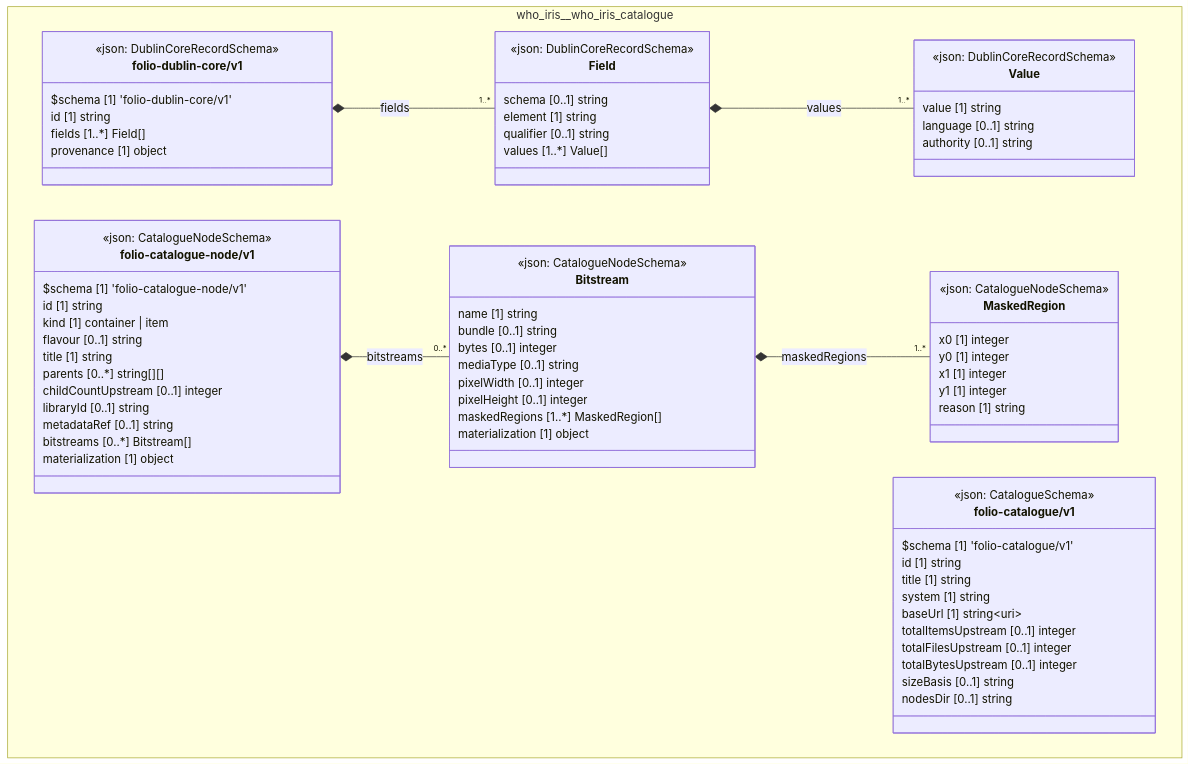
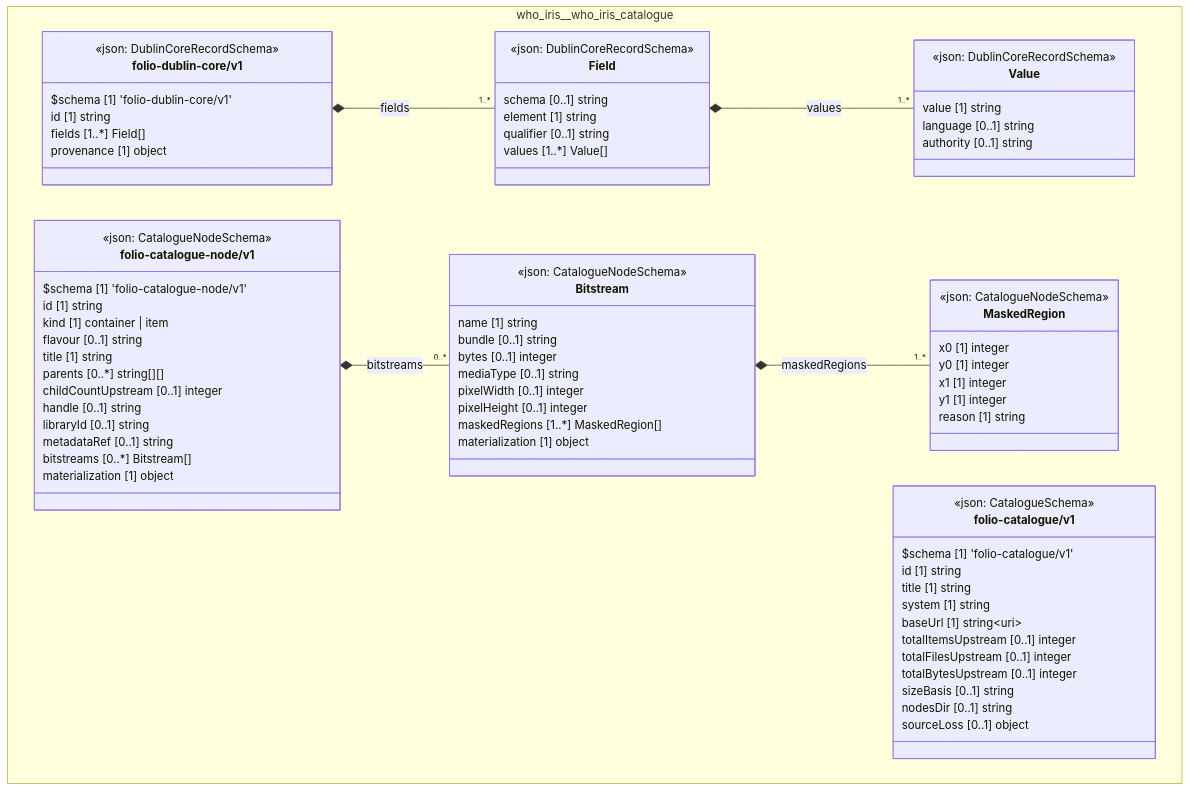
Before and after one commit to litlfred/folio-assistant: the diagram in cat-harness/docs/uml/overview/who-iris/who-iris-catalogue.md, drawn with Mermaid. The commit also changed 10 other files, not shown here.

First line of the commit message:
chore(08u4): regenerate the who-iris catalogue UML overview (sourceLoss on catalogue.json)

```diff
--- a/cat-harness/docs/uml/overview/who-iris/who-iris-catalogue.md
+++ b/cat-harness/docs/uml/overview/who-iris/who-iris-catalogue.md
@@ -91,6 +91,7 @@
       title [1] string
       parents [0..*] string[][]
       childCountUpstream [0..1] integer
+      handle [0..1] string
       libraryId [0..1] string
       metadataRef [0..1] string
       bitstreams [0..*] Bitstream[]
@@ -108,6 +109,7 @@
       totalBytesUpstream [0..1] integer
       sizeBasis [0..1] string
       nodesDir [0..1] string
+      sourceLoss [0..1] object
     }
   }
   who_iris_who_iris_catalogue_folio_dublin_core_v1_Field *-- "1..*" who_iris_who_iris_catalogue_folio_dublin_core_v1_Value : values
```
